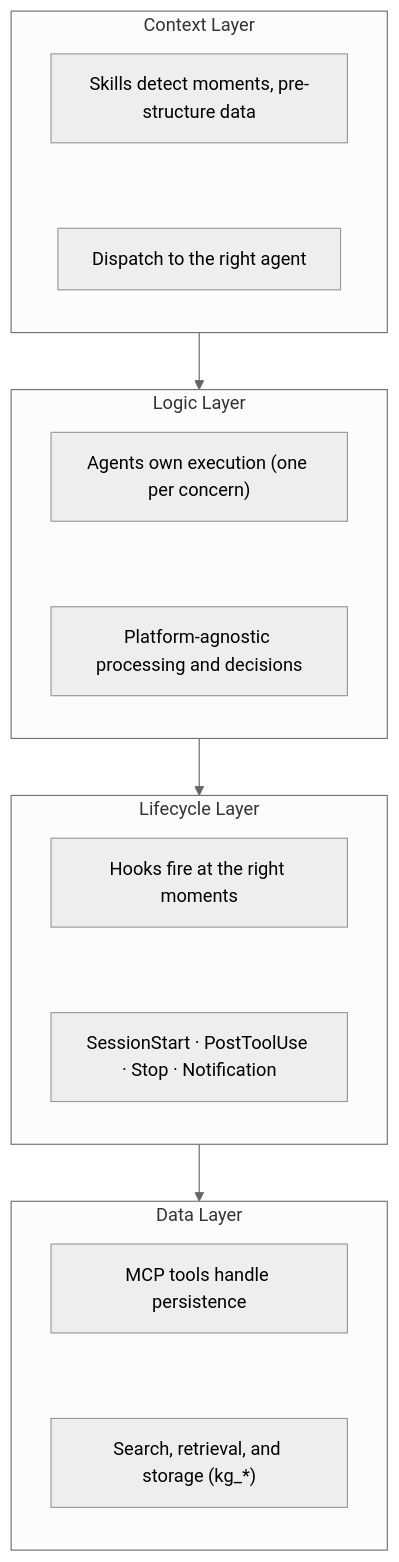
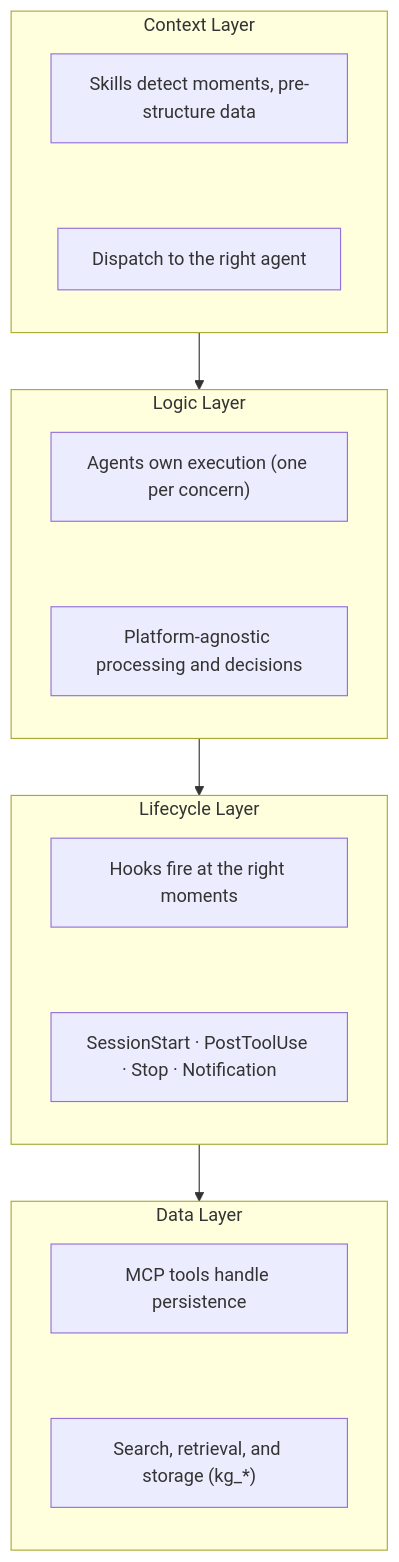
Before and after one commit to technomensch/knowledge-graph: the first of 2 diagrams in docs/concepts/how-kmgraph-is-organized.md, drawn with Mermaid. The commit also changed other lines of this file and 30 other files, not shown here.

````diff
--- a/docs/concepts/how-kmgraph-is-organized.md
+++ b/docs/concepts/how-kmgraph-is-organized.md
@@ -13,38 +13,35 @@
 ```mermaid
-%%{init: { 'flowchart': { 'useMaxWidth': true }, 'theme': 'neutral' }}%%
 flowchart TD
     subgraph Context ["Context Layer"]
         direction TB
         C1["Skills detect moments, pre-structure data"]
         C2["Dispatch to the right agent"]
         C1 ~~~ C2
     end
 
     subgraph Logic ["Logic Layer"]
         direction TB
         L1["Agents own execution (one per concern)"]
         L2["Platform-agnostic processing and decisions"]
         L1 ~~~ L2
     end
 
     subgraph Lifecycle ["Lifecycle Layer"]
         direction TB
         F1["Hooks fire at the right moments"]
         F2["SessionStart · PostToolUse · Stop · Notification"]
         F1 ~~~ F2
     end
 
     subgraph Data ["Data Layer"]
         direction TB
         D1["MCP tools handle persistence"]
         D2["Search, retrieval, and storage (kg_*)"]
         D1 ~~~ D2
     end
 
     Context --> Logic
     Logic --> Lifecycle
     Lifecycle --> Data
 
-    accTitle: Four-Layer Architecture
-    accDescr: Flow diagram showing data moving from Context Layer (Skills) to Logic Layer (Agents) to Lifecycle Layer (Hooks) to Data Layer (MCP tools).
 ```
````
